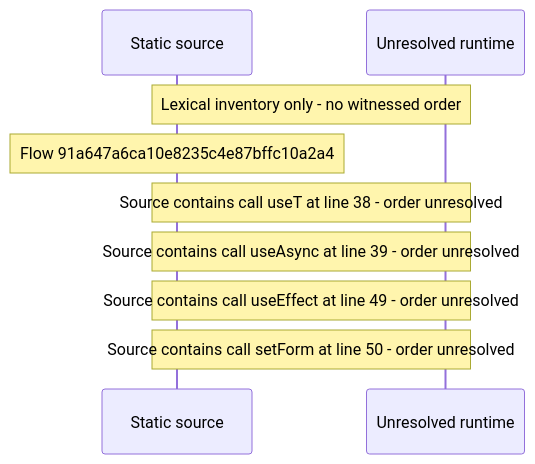
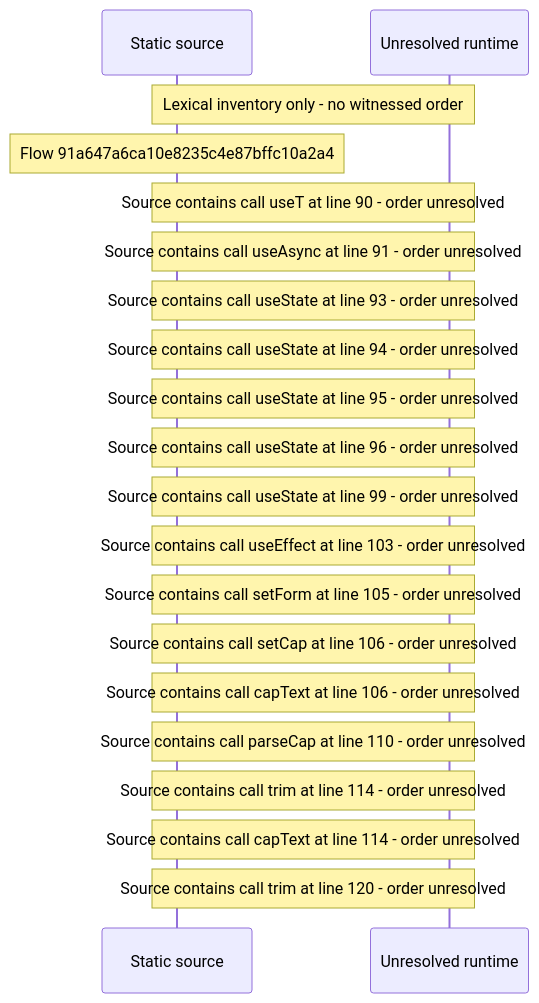
Before and after one commit to beamfall/core: the diagram in docs/web/flows/generated/91a647a6ca10e8235c4e87bffc10a2a4/flow-diagram.md, drawn with Mermaid. The commit also changed other lines of this file and 715 other files, not shown here.

Commit message:
Regenerate the web flow record on the landing stack head (CORE-1762)

````diff
--- a/docs/web/flows/generated/91a647a6ca10e8235c4e87bffc10a2a4/flow-diagram.md
+++ b/docs/web/flows/generated/91a647a6ca10e8235c4e87bffc10a2a4/flow-diagram.md
@@ -10,11 +10,22 @@
 ```mermaid
 sequenceDiagram
     participant S as Static source
     participant U as Unresolved runtime
     Note over S,U: Lexical inventory only - no witnessed order
     Note over S: Flow 91a647a6ca10e8235c4e87bffc10a2a4
-    Note over S,U: Source contains call useT at line 38 - order unresolved
-    Note over S,U: Source contains call useAsync at line 39 - order unresolved
-    Note over S,U: Source contains call useEffect at line 49 - order unresolved
-    Note over S,U: Source contains call setForm at line 50 - order unresolved
+    Note over S,U: Source contains call useT at line 90 - order unresolved
+    Note over S,U: Source contains call useAsync at line 91 - order unresolved
+    Note over S,U: Source contains call useState at line 93 - order unresolved
+    Note over S,U: Source contains call useState at line 94 - order unresolved
+    Note over S,U: Source contains call useState at line 95 - order unresolved
+    Note over S,U: Source contains call useState at line 96 - order unresolved
+    Note over S,U: Source contains call useState at line 99 - order unresolved
+    Note over S,U: Source contains call useEffect at line 103 - order unresolved
+    Note over S,U: Source contains call setForm at line 105 - order unresolved
+    Note over S,U: Source contains call setCap at line 106 - order unresolved
+    Note over S,U: Source contains call capText at line 106 - order unresolved
+    Note over S,U: Source contains call parseCap at line 110 - order unresolved
+    Note over S,U: Source contains call trim at line 114 - order unresolved
+    Note over S,U: Source contains call capText at line 114 - order unresolved
+    Note over S,U: Source contains call trim at line 120 - order unresolved
 ```
````
